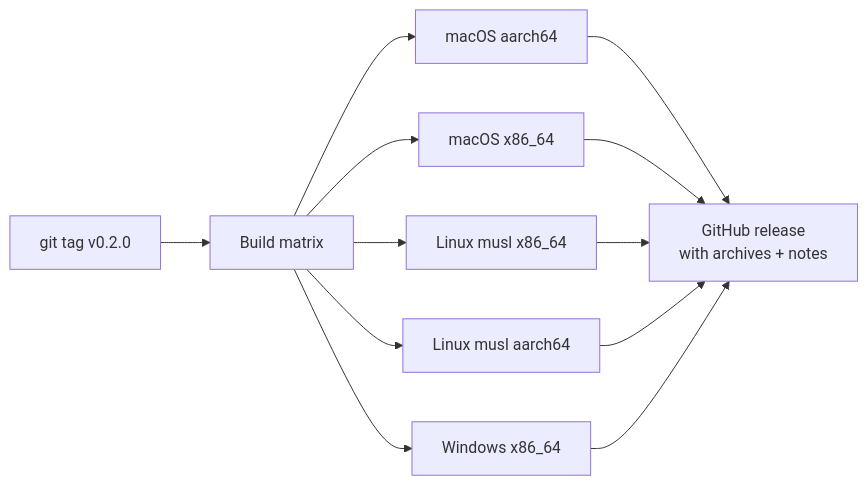
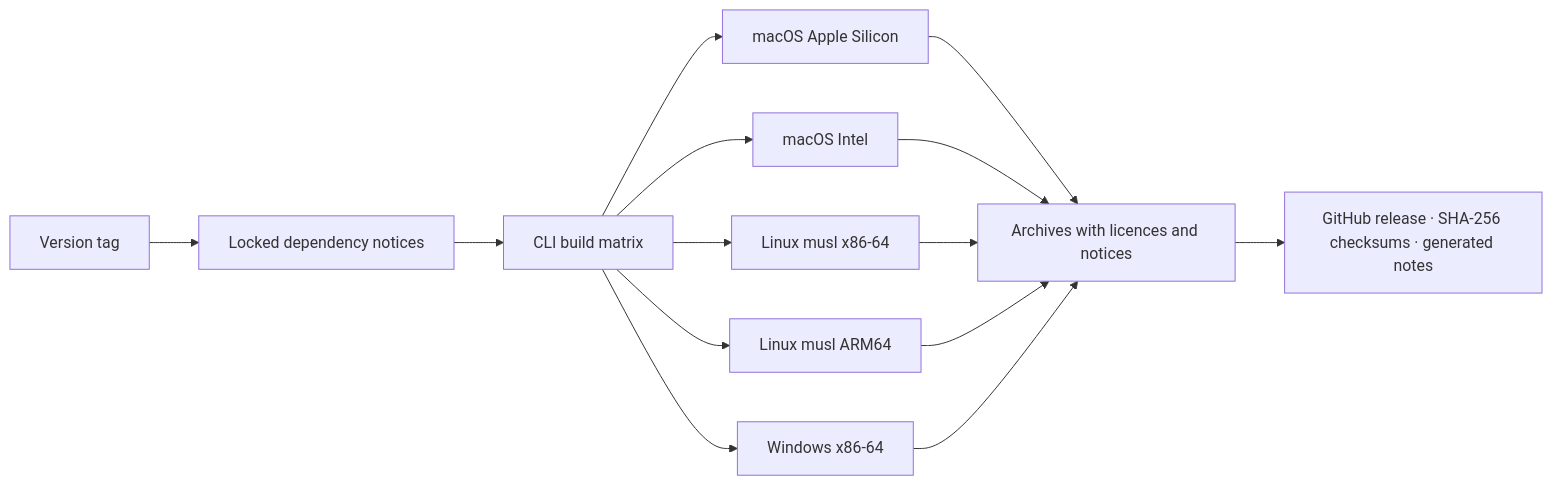
Before and after one commit to russmckendrick/azdocs: the diagram in docs/development/releasing.md, drawn with Mermaid. The commit also changed other lines of this file and 45 other files, not shown here.

````diff
--- a/docs/development/releasing.md
+++ b/docs/development/releasing.md
@@ -30,10 +59,12 @@
 ```mermaid
 flowchart LR
-    tag[git tag v0.2.0] --> build[Build matrix]
-    build --> mac1[macOS aarch64]
-    build --> mac2[macOS x86_64]
-    build --> lin1[Linux musl x86_64]
-    build --> lin2[Linux musl aarch64]
-    build --> win[Windows x86_64]
-    mac1 & mac2 & lin1 & lin2 & win --> rel[GitHub release<br/>with archives + notes]
+    tag[Version tag] --> notices[Locked dependency notices]
+    notices --> build[CLI build matrix]
+    build --> mac1[macOS Apple Silicon]
+    build --> mac2[macOS Intel]
+    build --> lin1[Linux musl x86-64]
+    build --> lin2[Linux musl ARM64]
+    build --> win[Windows x86-64]
+    mac1 & mac2 & lin1 & lin2 & win --> package[Archives with licences and notices]
+    package --> release[GitHub release · SHA-256 checksums · generated notes]
 ```
````
